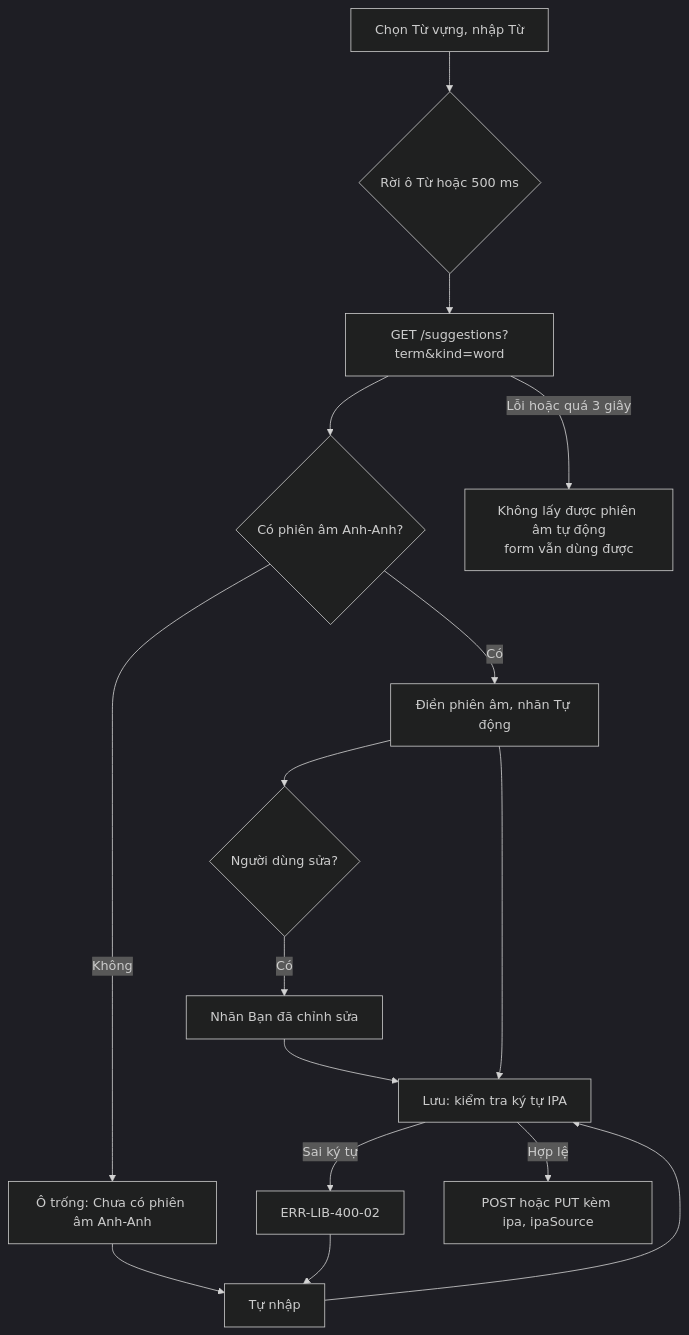
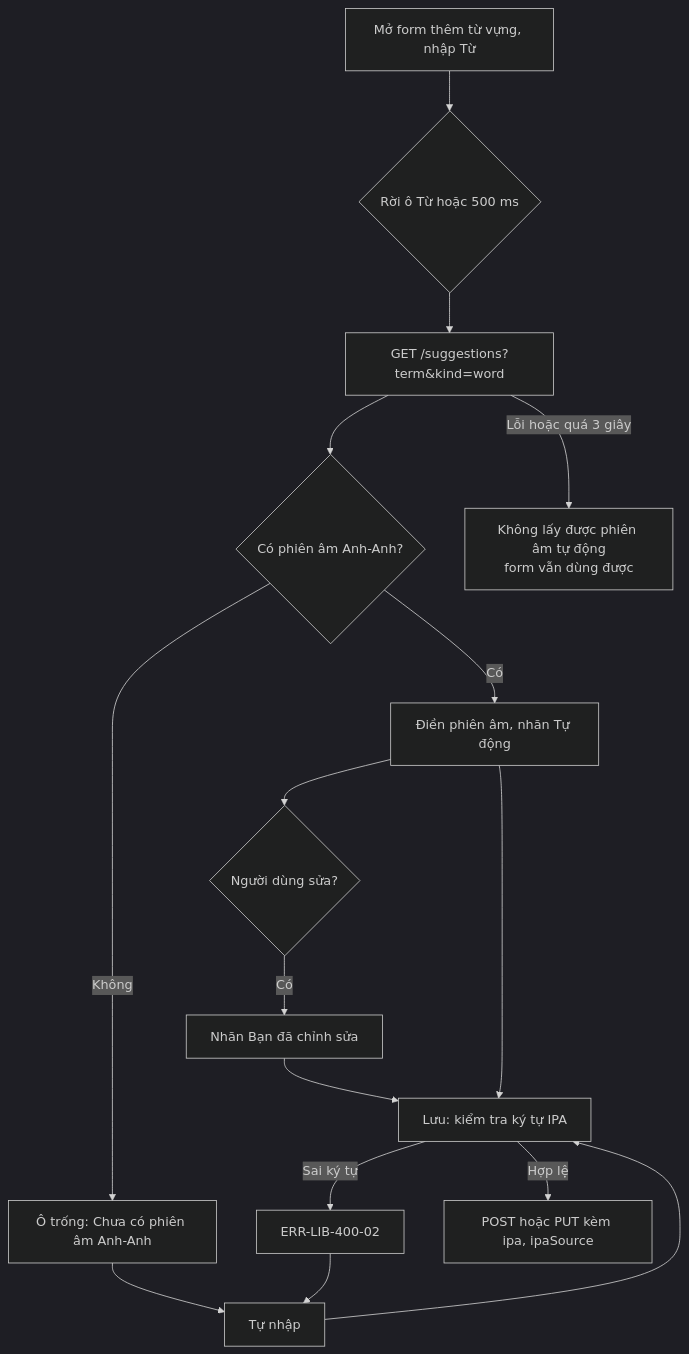
The first of 3 diagrams in docs/features/knowledge-items/srs/US-LIB-08-auto-ipa.md (pamela172103/Lingozi), drawn with Mermaid (dark theme) before and after one commit. The commit also changed other lines of this file and 91 other files, not shown here.

````diff
--- a/docs/features/knowledge-items/srs/US-LIB-08-auto-ipa.md
+++ b/docs/features/knowledge-items/srs/US-LIB-08-auto-ipa.md
@@ -68,17 +68,17 @@
 ```mermaid
 flowchart TD
-    A[Chọn Từ vựng, nhập Từ] --> B{Rời ô Từ hoặc 500 ms}
+    A[Mở form thêm từ vựng, nhập Từ] --> B{Rời ô Từ hoặc 500 ms}
     B --> C[GET /suggestions?term&kind=word]
     C --> D{Có phiên âm Anh-Anh?}
     D -- Có --> E[Điền phiên âm, nhãn Tự động]
     D -- Không --> F[Ô trống: Chưa có phiên âm Anh-Anh]
     C -- Lỗi hoặc quá 3 giây --> G[Không lấy được phiên âm tự động<br/>form vẫn dùng được]
     E --> H{Người dùng sửa?}
     F --> I[Tự nhập]
     H -- Có --> J[Nhãn Bạn đã chỉnh sửa]
     I --> K[Lưu: kiểm tra ký tự IPA]
     J --> K
     E --> K
     K -- Sai ký tự --> L[ERR-LIB-400-02] --> I
     K -- Hợp lệ --> M[POST hoặc PUT kèm ipa, ipaSource]
 ```
````
